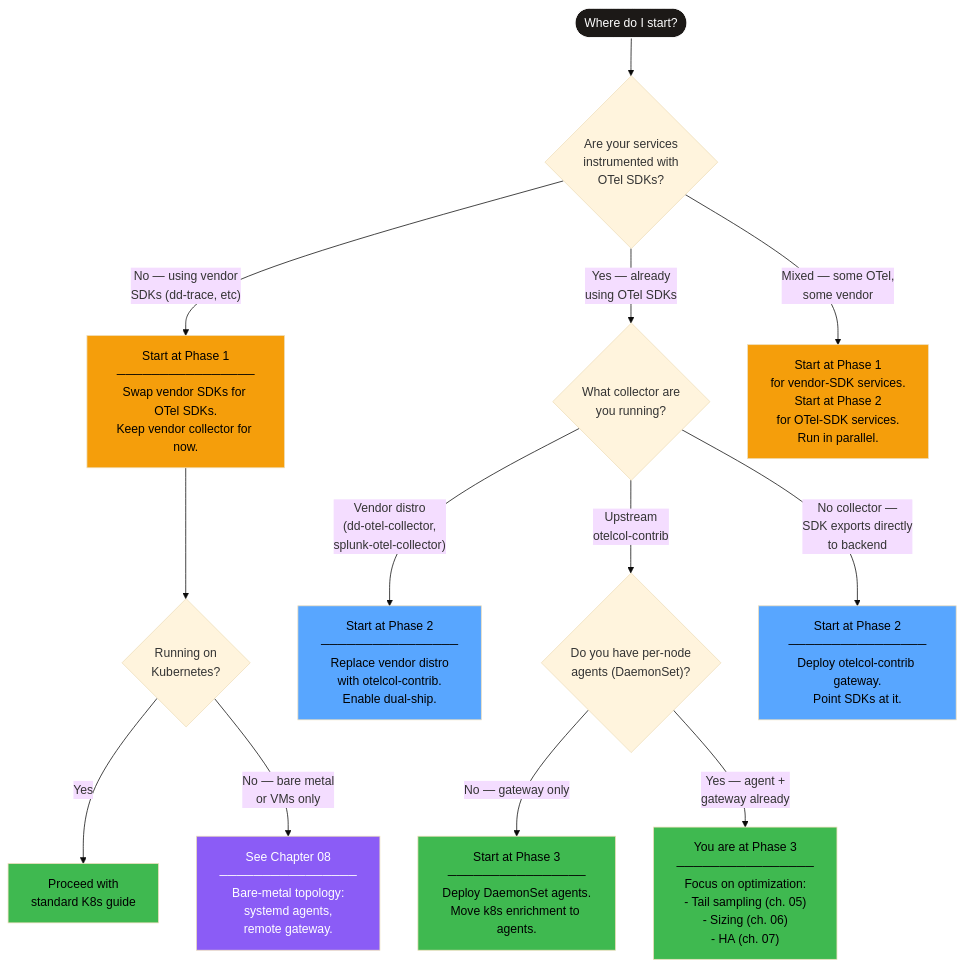
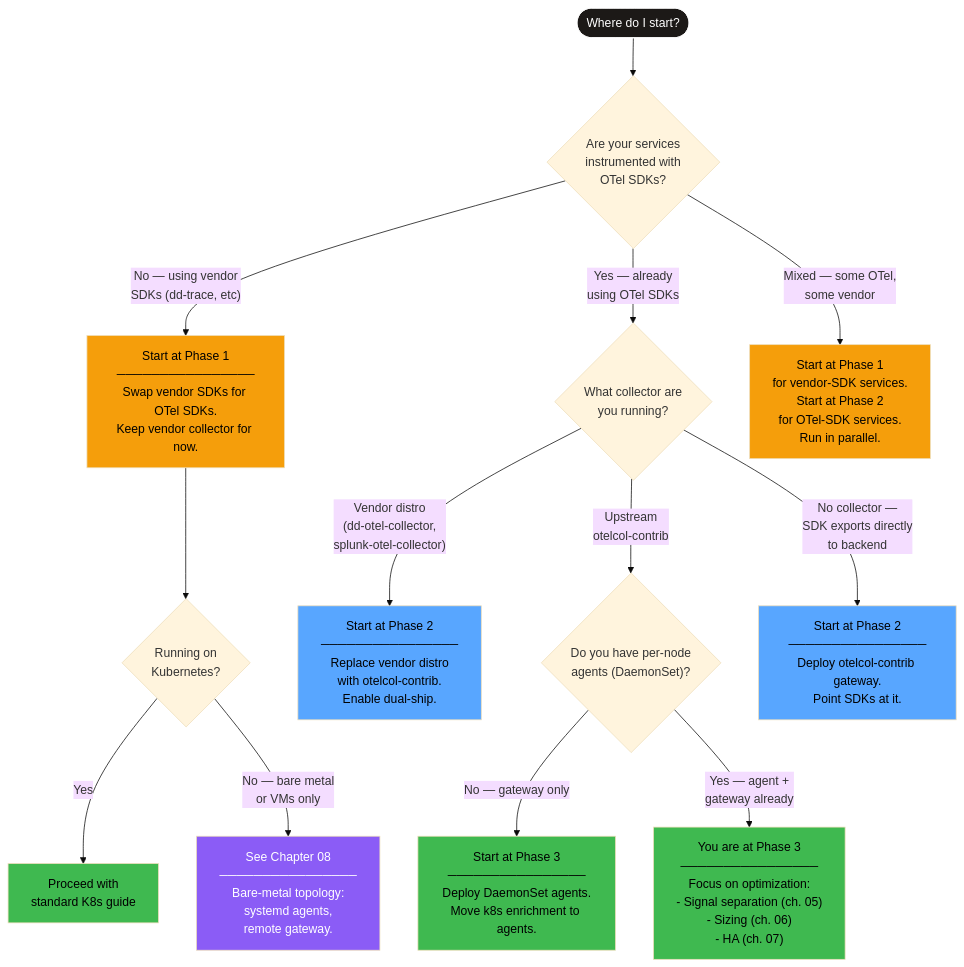
The sixth of 6 diagrams in 01-migration-phases.md (andy-dufour/otel-collector-guide), drawn with Mermaid (base theme) before and after one commit. The commit also changed other lines of this file and 11 other files, not shown here.

Commit message:
Remove tail sampling recommendations — not production-ready

````diff
--- a/01-migration-phases.md
+++ b/01-migration-phases.md
@@ -951,34 +951,34 @@
 ```mermaid
 flowchart TD
     START(["Where do I start?"]) --> Q1{"Are your services<br/>instrumented with<br/>OTel SDKs?"}
 
     Q1 -->|"No — using vendor<br/>SDKs (dd-trace, etc)"| P1["Start at Phase 1<br/>────────────────<br/>Swap vendor SDKs for OTel SDKs.<br/>Keep vendor collector for now."]
 
     Q1 -->|"Yes — already<br/>using OTel SDKs"| Q2{"What collector are<br/>you running?"}
 
     Q2 -->|"Vendor distro<br/>(dd-otel-collector,<br/>splunk-otel-collector)"| P2["Start at Phase 2<br/>────────────────<br/>Replace vendor distro<br/>with otelcol-contrib.<br/>Enable dual-ship."]
 
     Q2 -->|"Upstream<br/>otelcol-contrib"| Q3{"Do you have per-node<br/>agents (DaemonSet)?"}
 
     Q2 -->|"No collector —<br/>SDK exports directly<br/>to backend"| P2_ALSO["Start at Phase 2<br/>────────────────<br/>Deploy otelcol-contrib gateway.<br/>Point SDKs at it."]
 
     Q3 -->|"No — gateway only"| P3["Start at Phase 3<br/>────────────────<br/>Deploy DaemonSet agents.<br/>Move k8s enrichment to agents."]
 
-    Q3 -->|"Yes — agent +<br/>gateway already"| DONE["You are at Phase 3<br/>────────────────<br/>Focus on optimization:<br/>- Tail sampling (ch. 05)<br/>- Sizing (ch. 06)<br/>- HA (ch. 07)"]
+    Q3 -->|"Yes — agent +<br/>gateway already"| DONE["You are at Phase 3<br/>────────────────<br/>Focus on optimization:<br/>- Signal separation (ch. 05)<br/>- Sizing (ch. 06)<br/>- HA (ch. 07)"]
 
     Q1 -->|"Mixed — some OTel,<br/>some vendor"| MIXED["Start at Phase 1<br/>for vendor-SDK services.<br/>Start at Phase 2<br/>for OTel-SDK services.<br/>Run in parallel."]
 
     P1 --> Q_BARE{"Running on<br/>Kubernetes?"}
     Q_BARE -->|"Yes"| K8S_OK["Proceed with<br/>standard K8s guide"]
     Q_BARE -->|"No — bare metal<br/>or VMs only"| BARE["See Chapter 08<br/>────────────────<br/>Bare-metal topology:<br/>systemd agents,<br/>remote gateway."]
 
     style START fill:#1c1917,stroke:#fff,color:#fff
     style P1 fill:#f59e0b,color:#000
     style P2 fill:#58a6ff,color:#000
     style P2_ALSO fill:#58a6ff,color:#000
     style P3 fill:#3fb950,color:#000
     style DONE fill:#3fb950,color:#000
     style MIXED fill:#f59e0b,color:#000
     style BARE fill:#8b5cf6,color:#fff
     style K8S_OK fill:#3fb950,color:#000
 ```
````
